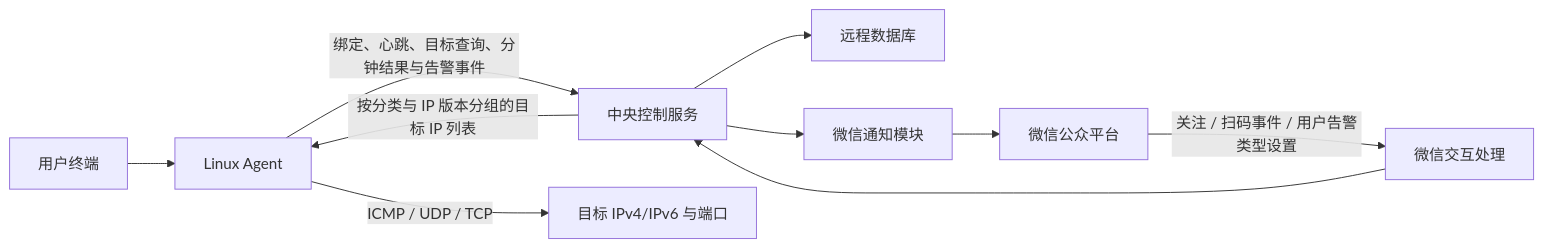
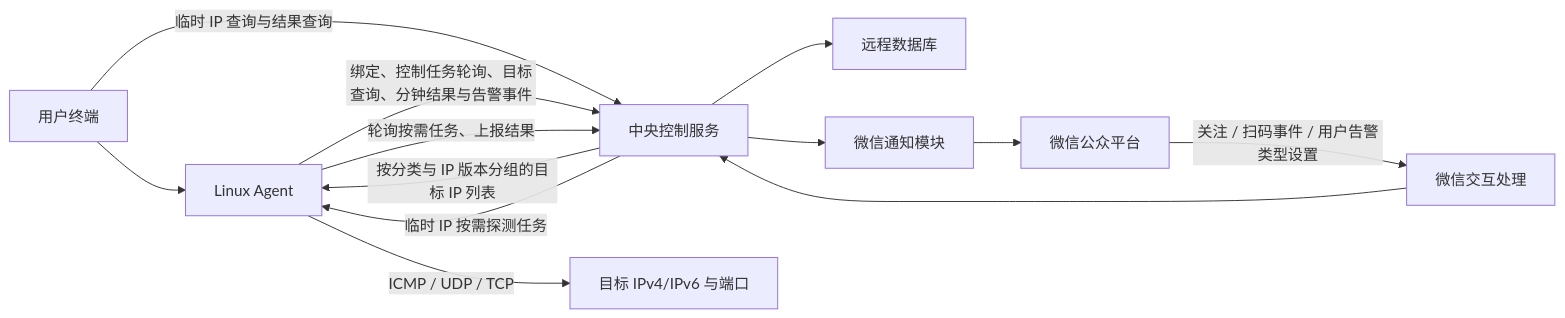
Before and after one commit to liyinred/NetPulse-xiaohe: the first of 3 diagrams in docs/system-design.md, drawn with Mermaid. The commit also changed other lines of this file and 45 other files, not shown here.

````diff
--- a/docs/system-design.md
+++ b/docs/system-design.md
@@ -48,12 +62,15 @@
 ```mermaid
 flowchart LR
     User["用户终端"] --> Agent["Linux Agent"]
-    Agent -->|"绑定、心跳、目标查询、分钟结果与告警事件"| API["中央控制服务"]
+    User -->|"临时 IP 查询与结果查询"| API
+    Agent -->|"绑定、控制任务轮询、目标查询、分钟结果与告警事件"| API["中央控制服务"]
+    Agent -->|"轮询按需任务、上报结果"| API
     API -->|"按分类与 IP 版本分组的目标 IP 列表"| Agent
+    API -->|"临时 IP 按需探测任务"| Agent
     Agent -->|"ICMP / UDP / TCP"| Target["目标 IPv4/IPv6 与端口"]
     API --> DB["远程数据库"]
     API --> Notify["微信通知模块"]
     Notify --> WeChat["微信公众平台"]
     WeChat -->|"关注 / 扫码事件 / 用户告警类型设置"| Callback["微信交互处理"]
     Callback --> API
 ```
````
